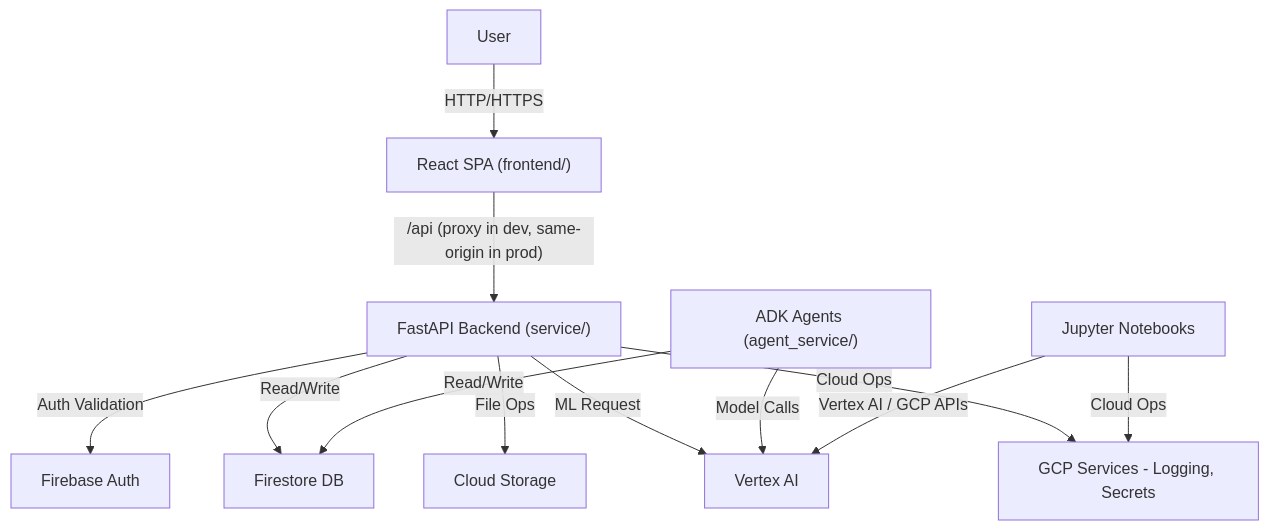
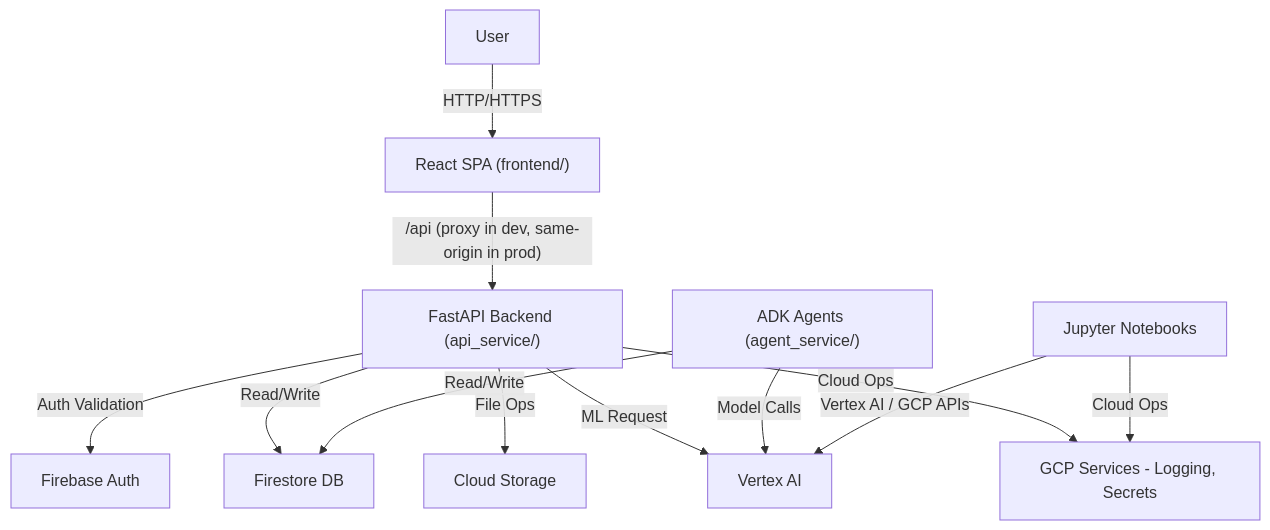
Before and after one commit to TheLampshady/stackkit: the first of 3 diagrams in template/docs/ARCHITECTURE.md, drawn with Mermaid. The commit also changed other lines of this file and 49 other files, not shown here.

First line of the commit message:
Rename the template's service/ to api_service/

````diff
--- a/template/docs/ARCHITECTURE.md
+++ b/template/docs/ARCHITECTURE.md
@@ -9,25 +9,25 @@
 ```mermaid
 flowchart TD
     User[User]
     Frontend["React SPA (frontend/)"]
-    API["FastAPI Backend (service/)"]
+    API["FastAPI Backend (api_service/)"]
     Agents["ADK Agents (agent_service/)"]
     Auth[Firebase Auth]
     Firestore[Firestore DB]
     Storage[Cloud Storage]
     Vertex[Vertex AI]
     GCP[GCP Services - Logging, Secrets]
     Notebook[Jupyter Notebooks]
 
     User -- "HTTP/HTTPS" --> Frontend
     Frontend -- "/api (proxy in dev, same-origin in prod)" --> API
     API -- "Auth Validation" --> Auth
     API -- "Read/Write" --> Firestore
     API -- "File Ops" --> Storage
     API -- "ML Request" --> Vertex
     API -- "Cloud Ops" --> GCP
     Agents -- "Read/Write" --> Firestore
     Agents -- "Model Calls" --> Vertex
     Notebook -- "Vertex AI / GCP APIs" --> Vertex
     Notebook -- "Cloud Ops" --> GCP
 ```
````
